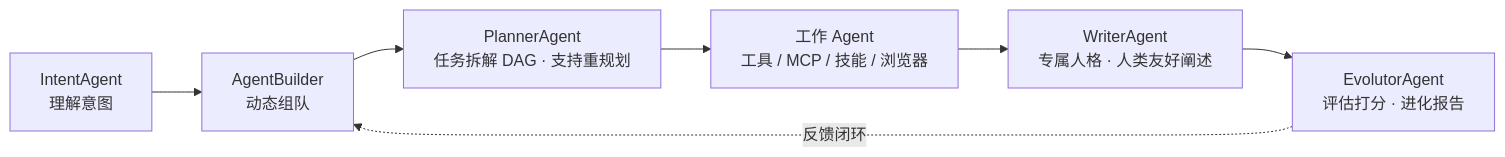
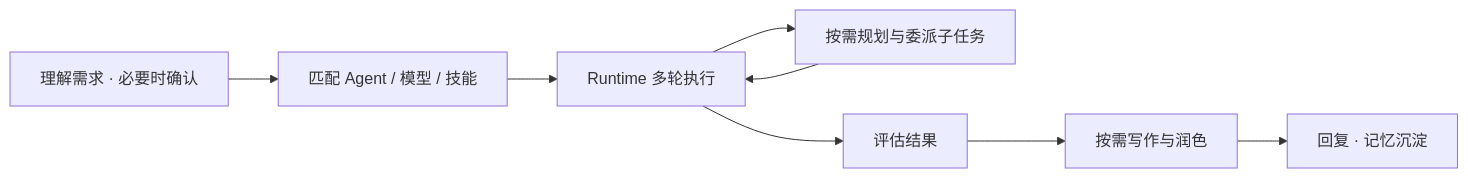
Before and after one commit to zhaoxuan-inside/brian-agent: the diagram in README.md, drawn with Mermaid. The commit also changed other lines of this file, not shown here.

````diff
--- a/README.md
+++ b/README.md
@@ -43,9 +59,10 @@
 ```mermaid
 flowchart LR
-    A["IntentAgent<br/>理解意图"] --> B["AgentBuilder<br/>动态组队"]
-    B --> C["PlannerAgent<br/>任务拆解 DAG · 支持重规划"]
-    C --> D["工作 Agent<br/>工具 / MCP / 技能 / 浏览器"]
-    D --> E["WriterAgent<br/>专属人格 · 人类友好阐述"]
-    E --> F["EvolutorAgent<br/>评估打分 · 进化报告"]
-    F -. 反馈闭环 .-> B
+    A["理解需求 · 必要时确认"] --> B["匹配 Agent / 模型 / 技能"]
+    B --> C["Runtime 多轮执行"]
+    C --> D["按需规划与委派子任务"]
+    D --> C
+    C --> E["评估结果"]
+    E --> F["按需写作与润色"]
+    F --> G["回复 · 记忆沉淀"]
 ```
````
